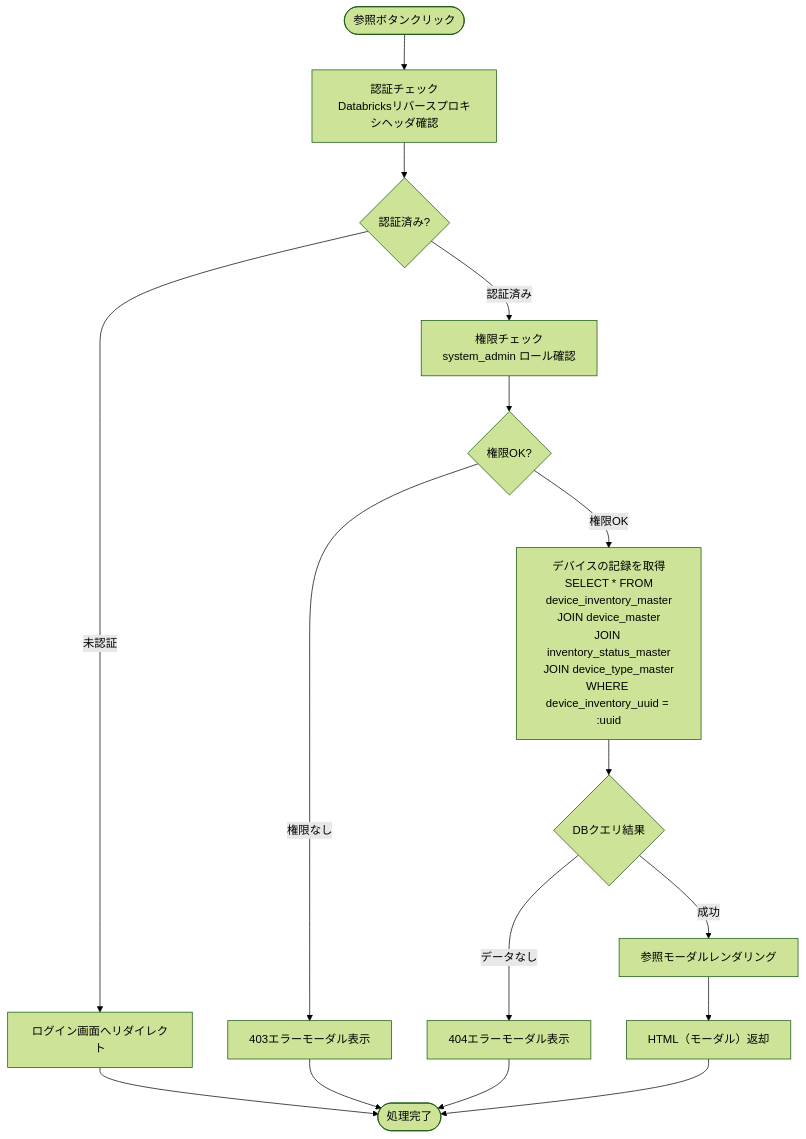
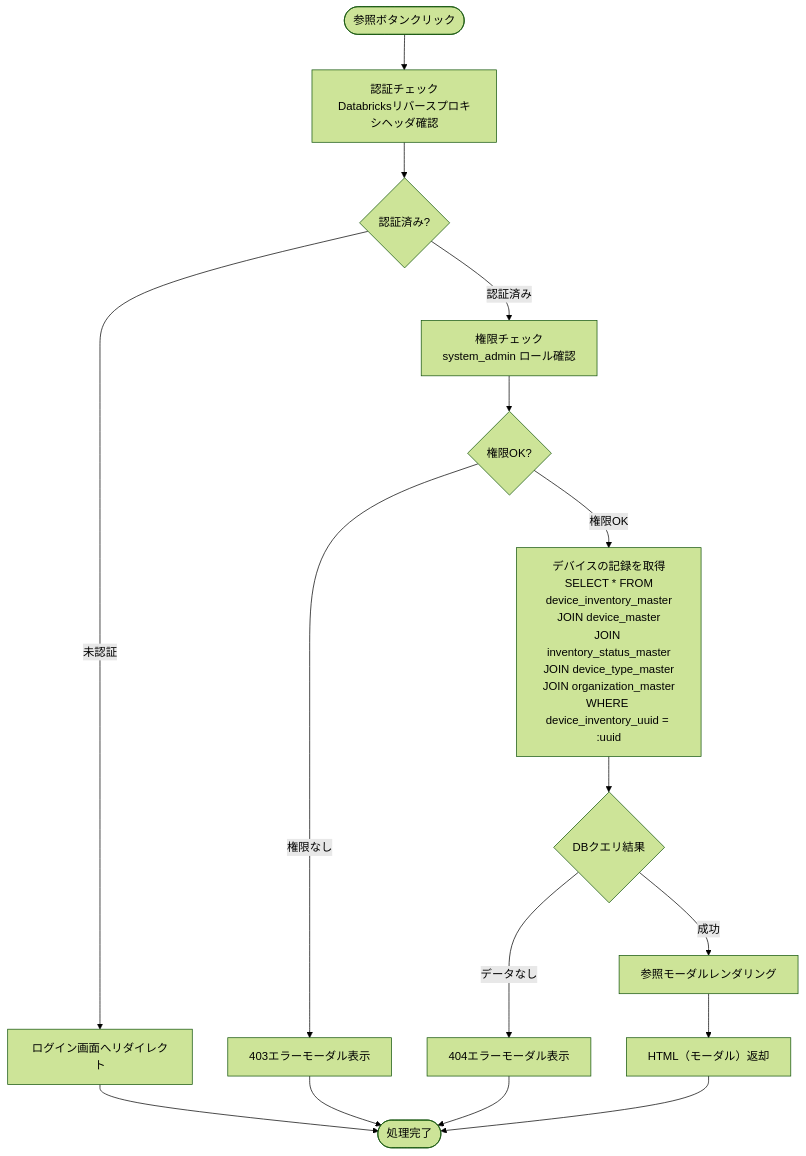
One commit to NSW-SVCP-AIWG002/Databricks-IoT changed the eighth of 9 diagrams in docs/03-features/flask-app/device-inventory/workflow-specification.md. Above: the diagram before and after it, drawn with Mermaid (forest theme). The commit also changed other lines of this file and 3 other files, not shown here.

````diff
--- a/docs/03-features/flask-app/device-inventory/workflow-specification.md
+++ b/docs/03-features/flask-app/device-inventory/workflow-specification.md
@@ -740,22 +832,22 @@
 ```mermaid
 flowchart TD
     Start([参照ボタンクリック]) --> Auth[認証チェック<br>Databricksリバースプロキシヘッダ確認]
     Auth --> CheckAuth{認証済み?}
     CheckAuth -->|未認証| Error401[ログイン画面へリダイレクト]
     Error401 --> End([処理完了])
 
     CheckAuth -->|認証済み| Permission[権限チェック<br>system_admin ロール確認]
     Permission --> CheckPerm{権限OK?}
     CheckPerm -->|権限なし| Error403[403エラーモーダル表示]
     Error403 --> End
 
-    CheckPerm -->|権限OK| Query[デバイスの記録を取得<br>SELECT * FROM<br>device_inventory_master<br>JOIN device_master<br>JOIN inventory_status_master<br>JOIN device_type_master<br>WHERE device_inventory_uuid = :uuid]
+    CheckPerm -->|権限OK| Query[デバイスの記録を取得<br>SELECT * FROM<br>device_inventory_master<br>JOIN device_master<br>JOIN inventory_status_master<br>JOIN device_type_master<br>JOIN organization_master<br>WHERE device_inventory_uuid = :uuid]
     Query --> CheckDB{DBクエリ結果}
 
     CheckDB -->|データなし| Error404[404エラーモーダル表示]
     Error404 --> End
 
     CheckDB -->|成功| Template[参照モーダルレンダリング]
     Template --> Response[HTML（モーダル）返却]
     Response --> End
 ```
````
